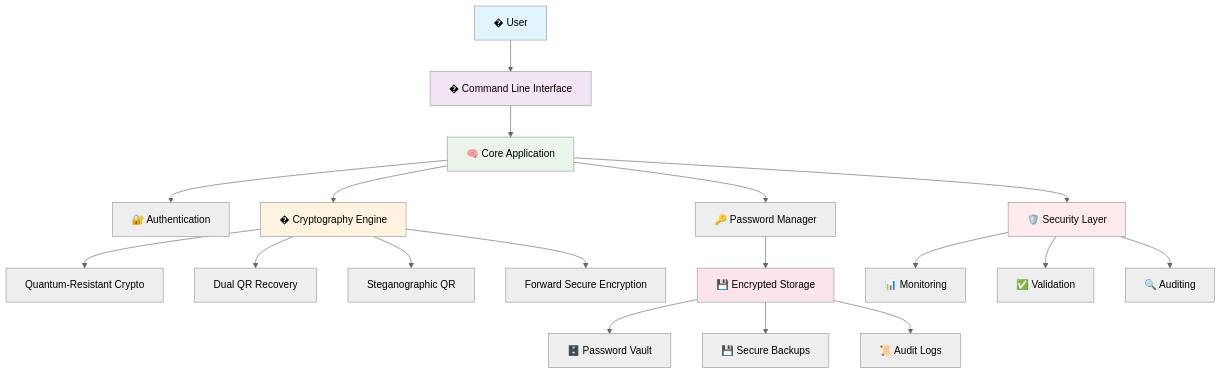
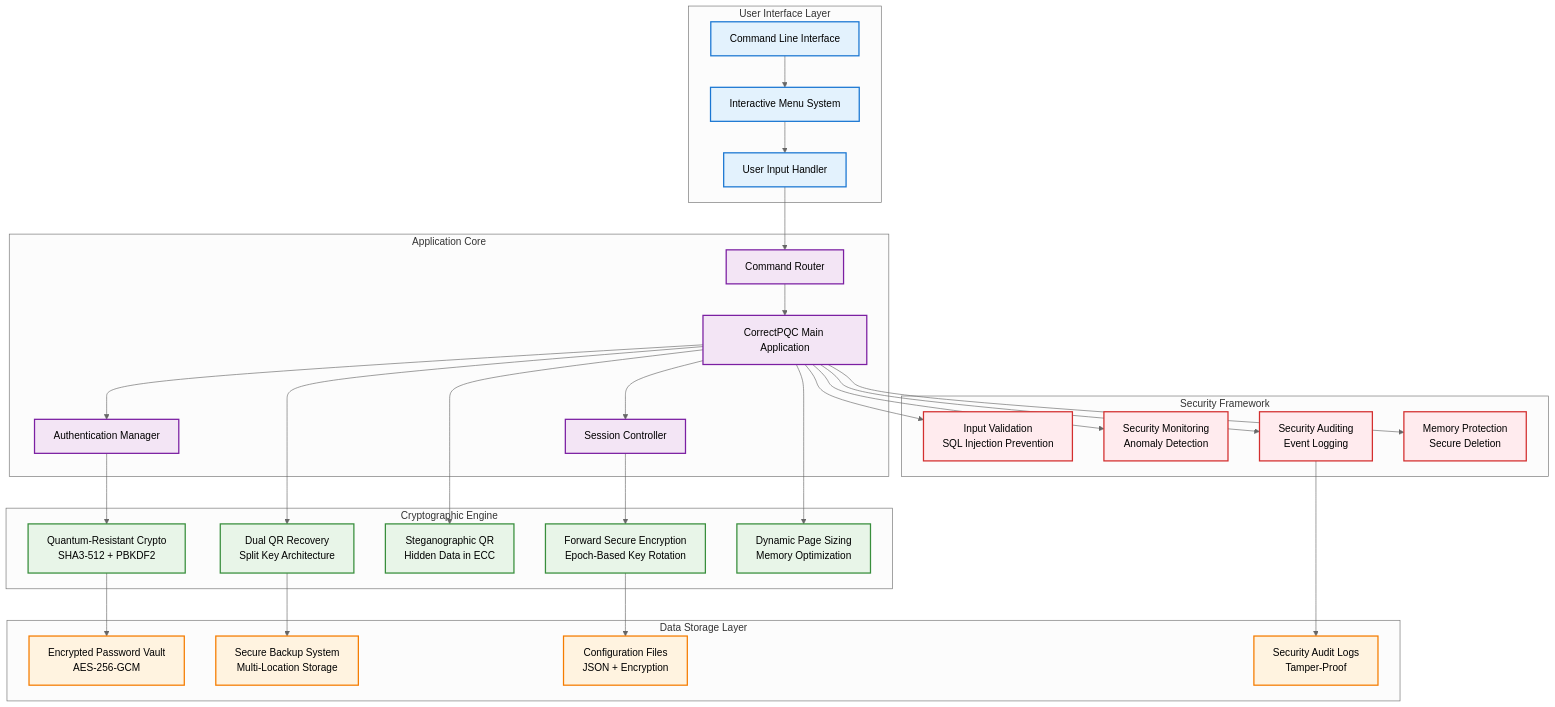
Before and after one commit to Johnsonajibi/DeviceFingerprinting: the first of 6 diagrams in README.md, drawn with Mermaid (neutral theme). The commit also changed other lines of this file, not shown here.

First line of the commit message:
complete rewrite of README with professional architectural diagrams

````diff
--- a/README.md
+++ b/README.md
@@ -11,31 +11,76 @@
 ```mermaid
-graph TD
-    User[� User] --> CLI[� Command Line Interface]
-    CLI --> Core[🧠 Core Application]
+graph TB
+    subgraph "User Interface Layer"
+        UI[Command Line Interface]
+        Menu[Interactive Menu System]
+        Input[User Input Handler]
+    end
     
-    Core --> Auth[🔐 Authentication]
-    Core --> PWM[🔑 Password Manager]
-    Core --> Crypto[�️ Cryptography Engine]
+    subgraph "Application Core"
+        App[CorrectPQC Main Application]
+        Auth[Authentication Manager]
+        Session[Session Controller]
+        Router[Command Router]
+    end
     
-    Crypto --> QRC[Quantum-Resistant Crypto]
-    Crypto --> DQR[Dual QR Recovery]
-    Crypto --> SQR[Steganographic QR]
-    Crypto --> FSE[Forward Secure Encryption]
+    subgraph "Cryptographic Engine"
+        QRC[Quantum-Resistant Crypto<br/>SHA3-512 + PBKDF2]
+        DQR[Dual QR Recovery<br/>Split Key Architecture]
+        SQR[Steganographic QR<br/>Hidden Data in ECC]
+        FSE[Forward Secure Encryption<br/>Epoch-Based Key Rotation]
+        DPS[Dynamic Page Sizing<br/>Memory Optimization]
+    end
     
-    PWM --> Storage[💾 Encrypted Storage]
-    Storage --> Vault[🗄️ Password Vault]
-    Storage --> Backup[💾 Secure Backups]
-    Storage --> Logs[📜 Audit Logs]
+    subgraph "Data Storage Layer"
+        Vault[Encrypted Password Vault<br/>AES-256-GCM]
+        Backup[Secure Backup System<br/>Multi-Location Storage]
+        Config[Configuration Files<br/>JSON + Encryption]
+        Logs[Security Audit Logs<br/>Tamper-Proof]
+    end
     
-    Core --> Security[🛡️ Security Layer]
-    Security --> Monitor[📊 Monitoring]
-    Security --> Validate[✅ Validation]
-    Security --> Audit[🔍 Auditing]
+    subgraph "Security Framework"
+        Validator[Input Validation<br/>SQL Injection Prevention]
+        Monitor[Security Monitoring<br/>Anomaly Detection]
+        Auditor[Security Auditing<br/>Event Logging]
+        MemProtect[Memory Protection<br/>Secure Deletion]
+    end
     
-    style User fill:#e1f5fe
-    style CLI fill:#f3e5f5
-    style Core fill:#e8f5e8
-    style Crypto fill:#fff3e0
-    style Storage fill:#fce4ec
-    style Security fill:#ffebee
+    %% User Interface Flow
+    UI --> Menu
+    Menu --> Input
+    Input --> Router
+    Router --> App
+    
+    %% Core Application Flow
+    App --> Auth
+    App --> Session
+    Auth --> QRC
+    Session --> FSE
+    
+    %% Cryptographic Integration
+    App --> DQR
+    App --> SQR
+    App --> DPS
+    QRC --> Vault
+    DQR --> Backup
+    FSE --> Config
+    
+    %% Security Integration
+    App --> Validator
+    App --> Monitor
+    App --> Auditor
+    App --> MemProtect
+    Auditor --> Logs
+    
+    classDef uiLayer fill:#e3f2fd,stroke:#1976d2,stroke-width:2px
+    classDef coreLayer fill:#f3e5f5,stroke:#7b1fa2,stroke-width:2px
+    classDef cryptoLayer fill:#e8f5e8,stroke:#388e3c,stroke-width:2px
+    classDef storageLayer fill:#fff3e0,stroke:#f57c00,stroke-width:2px
+    classDef securityLayer fill:#ffebee,stroke:#d32f2f,stroke-width:2px
+    
+    class UI,Menu,Input uiLayer
+    class App,Auth,Session,Router coreLayer
+    class QRC,DQR,SQR,FSE,DPS cryptoLayer
+    class Vault,Backup,Config,Logs storageLayer
+    class Validator,Monitor,Auditor,MemProtect securityLayer
 ```
````
